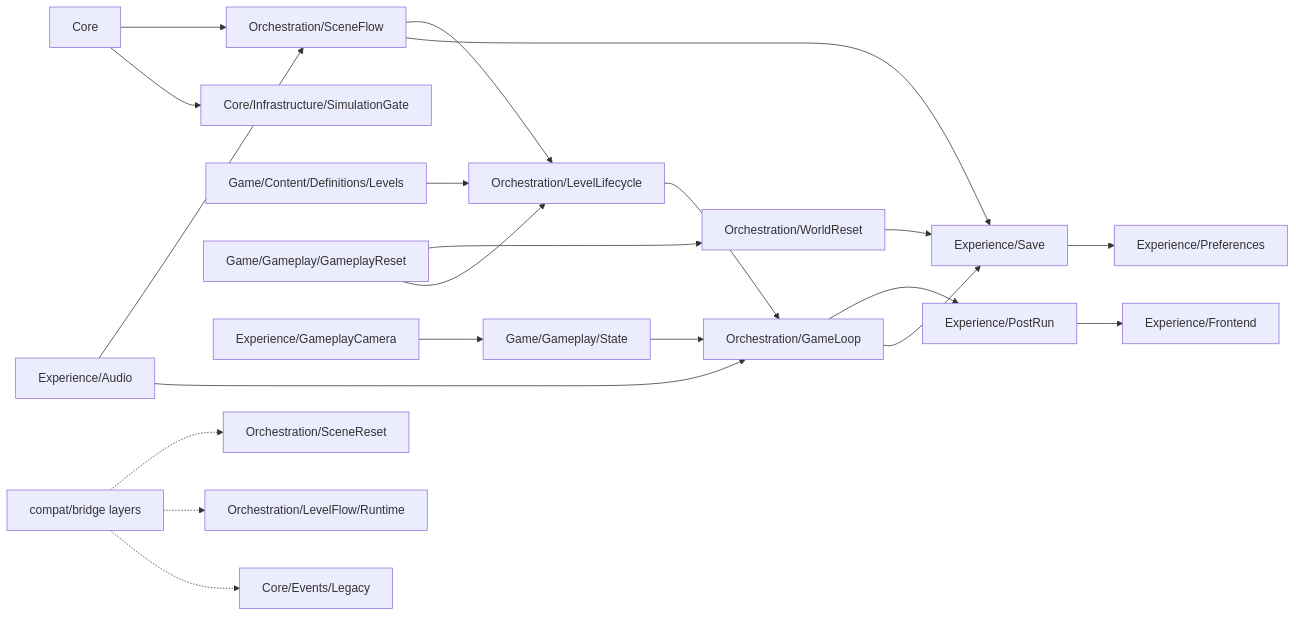
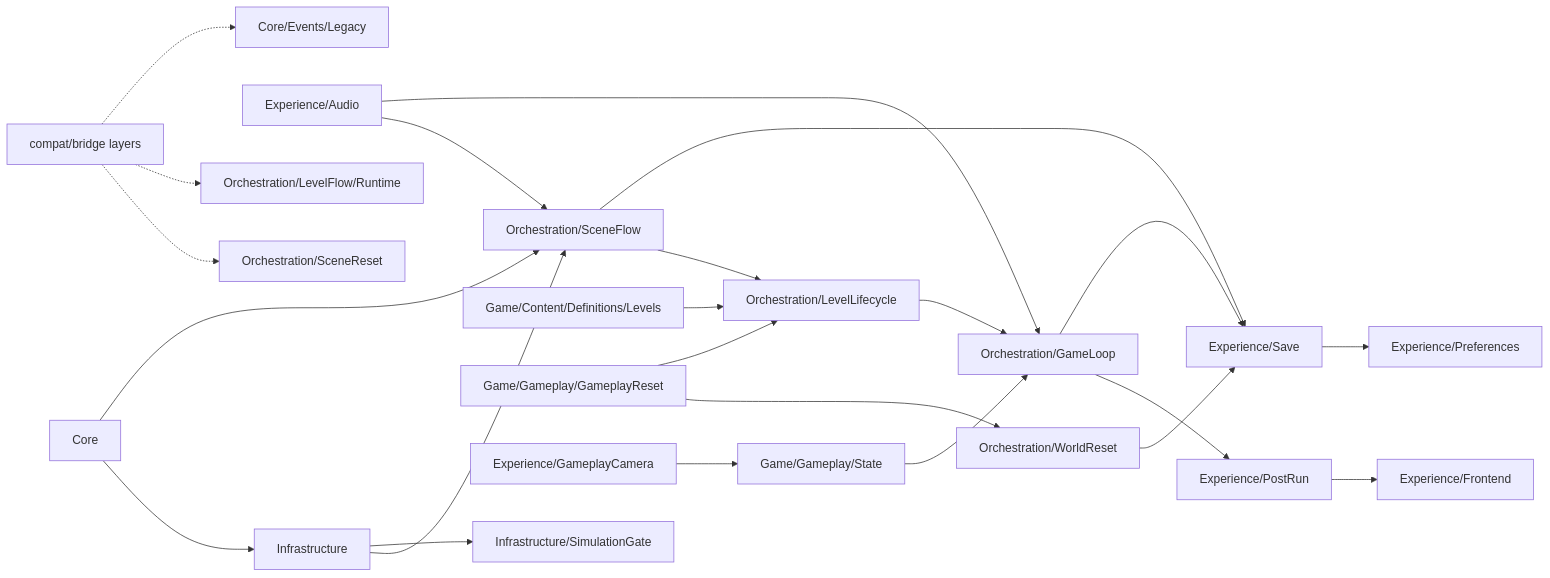
One commit to ImmersiveGames/GameJam2025 changed the diagram in Assets/_ImmersiveGames/NewScripts/Docs/Reports/Audits/2026-03-30/Structural-Xray-NewScripts.md. Above: the diagram before and after it, drawn with Mermaid. The commit also changed other lines of this file and 411 other files, not shown here.

````diff
--- a/Assets/_ImmersiveGames/NewScripts/Docs/Reports/Audits/2026-03-30/Structural-Xray-NewScripts.md
+++ b/Assets/_ImmersiveGames/NewScripts/Docs/Reports/Audits/2026-03-30/Structural-Xray-NewScripts.md
@@ -161,29 +167,31 @@
 ```mermaid
 flowchart LR
+  Core --> INF["Infrastructure"]
   Core --> SF["Orchestration/SceneFlow"]
-  Core --> Gate["Core/Infrastructure/SimulationGate"]
+  INF --> SF
+  INF --> Gate["Infrastructure/SimulationGate"]
 
   SF --> LL["Orchestration/LevelLifecycle"]
   LL --> GL["Orchestration/GameLoop"]
 
   GL --> PG["Experience/PostRun"]
   GL --> SAVE["Experience/Save"]
   SF --> SAVE
   WR["Orchestration/WorldReset"] --> SAVE
 
   LDefs["Game/Content/Definitions/Levels"] --> LL
   GS["Game/Gameplay/State"] --> GL
   GR["Game/Gameplay/GameplayReset"] --> WR
   GR --> LL
 
   AUD["Experience/Audio"] --> SF
   AUD --> GL
   CAM["Experience/GameplayCamera"] --> GS
 
   PG --> FE["Experience/Frontend"]
   SAVE --> PREF["Experience/Preferences"]
 
   COMPAT["compat/bridge layers"] -.-> SR["Orchestration/SceneReset"]
   COMPAT -.-> LF["Orchestration/LevelFlow/Runtime"]
   COMPAT -.-> LEG["Core/Events/Legacy"]
 ```
````
